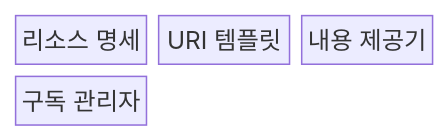
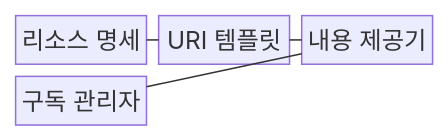
The first of 2 diagrams in src/content/docs/notes/08-latest-tech/009_mcp_resource.md (agnusdei1207/knowledge-base), drawn with Mermaid before and after one commit. The commit also changed other lines of this file and 228 other files, not shown here.

````diff
--- a/src/content/docs/notes/08-latest-tech/009_mcp_resource.md
+++ b/src/content/docs/notes/08-latest-tech/009_mcp_resource.md
@@ -50,8 +50,11 @@
 ```mermaid
 block-beta
     columns 3
     D["리소스 명세"]
     T["URI 템플릿"]
     P["내용 제공기"]
     U["구독 관리자"]
+    D --- T
+    T --- P
+    P --- U
 ```
````
